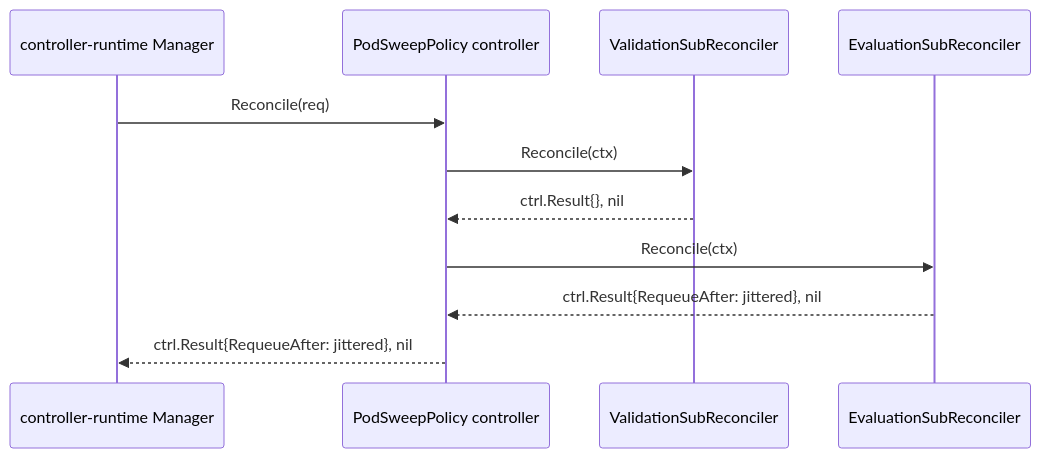
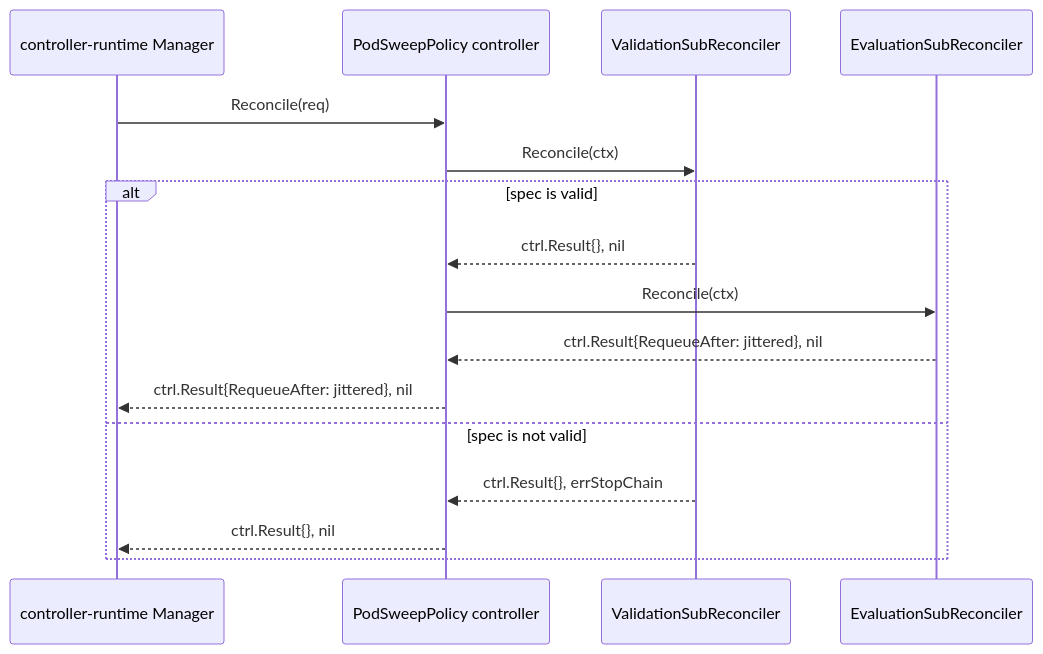
The second of 2 diagrams in docs/ARCHITECTURE.md (omniva-ai/sweeper), drawn with Mermaid before and after one commit. The commit also changed other lines of this file and 1 other file, not shown here.

First line of the commit message:
docs: describe the new reconcile error handling

````diff
--- a/docs/ARCHITECTURE.md
+++ b/docs/ARCHITECTURE.md
@@ -195,14 +198,19 @@
 ```mermaid
 sequenceDiagram
     participant Mgr as controller-runtime Manager
     participant Main as PodSweepPolicy controller
     participant V as ValidationSubReconciler
     participant E as EvaluationSubReconciler
 
     Mgr->>Main: Reconcile(req)
     Main->>V: Reconcile(ctx)
-    V-->>Main: ctrl.Result{}, nil
-    Main->>E: Reconcile(ctx)
-    E-->>Main: ctrl.Result{RequeueAfter: jittered}, nil
-    Main-->>Mgr: ctrl.Result{RequeueAfter: jittered}, nil
+    alt spec is valid
+        V-->>Main: ctrl.Result{}, nil
+        Main->>E: Reconcile(ctx)
+        E-->>Main: ctrl.Result{RequeueAfter: jittered}, nil
+        Main-->>Mgr: ctrl.Result{RequeueAfter: jittered}, nil
+    else spec is not valid
+        V-->>Main: ctrl.Result{}, errStopChain
+        Main-->>Mgr: ctrl.Result{}, nil
+    end
 ```
````
